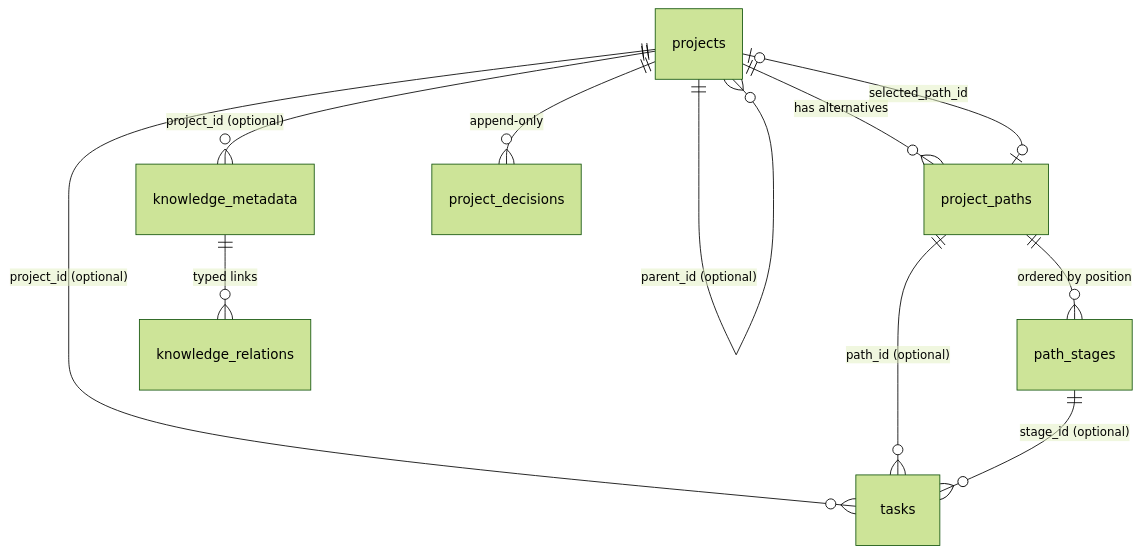
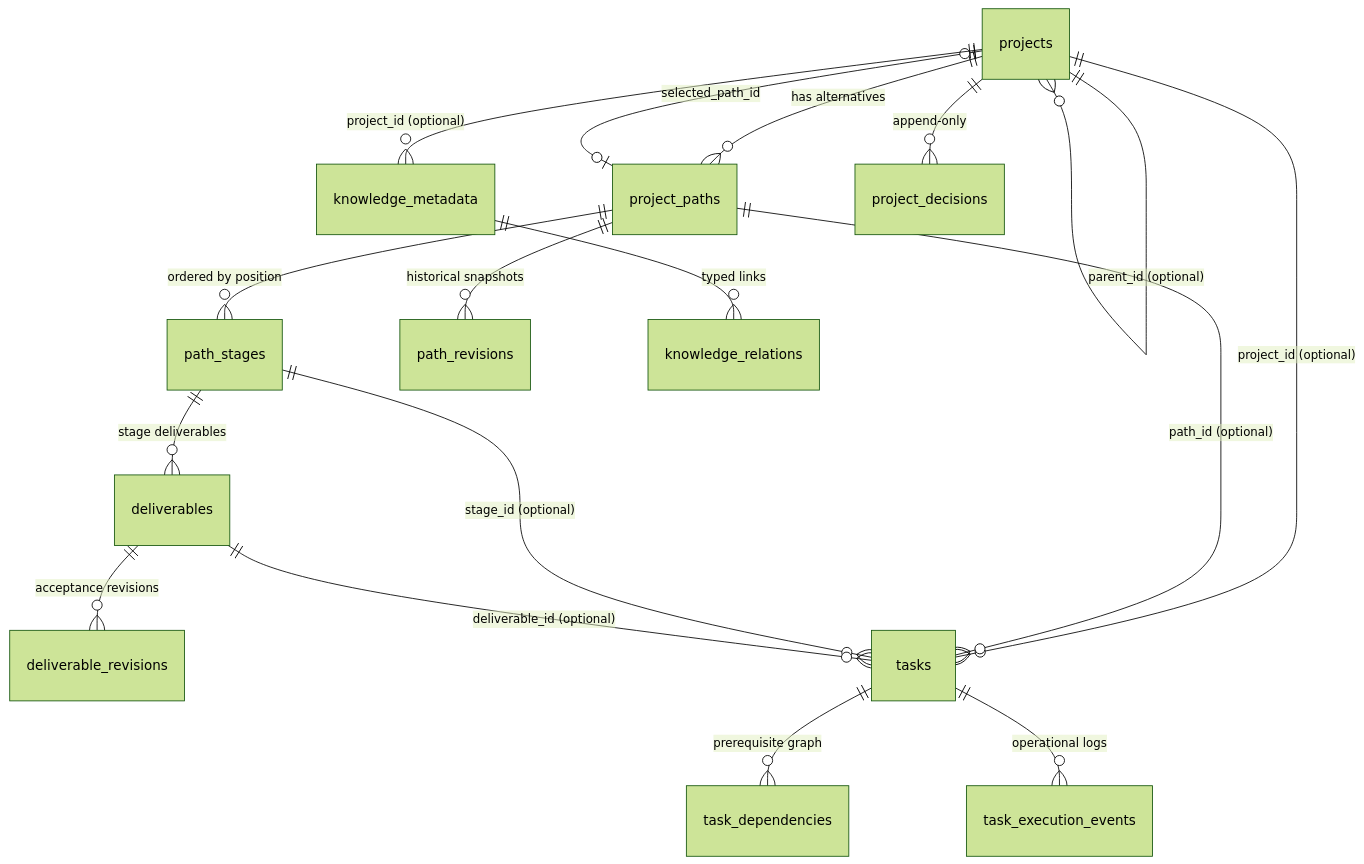
The diagram in PROJECT_DATA_MODEL.md (mattcallaway/qwen_cluster_interface), drawn with Mermaid (forest theme) before and after one commit. The commit also changed other lines of this file and 13 other files, not shown here.

Commit message:
Milestone 2: Execution and evidence (deliverables, dependencies, gates, events, revisions, promotion)

````diff
--- a/PROJECT_DATA_MODEL.md
+++ b/PROJECT_DATA_MODEL.md
@@ -22,13 +24,19 @@
 ```mermaid
 erDiagram
     projects ||--o{ projects : "parent_id (optional)"
     projects ||--o{ project_paths : "has alternatives"
     projects |o--o| project_paths : "selected_path_id"
     project_paths ||--o{ path_stages : "ordered by position"
+    project_paths ||--o{ path_revisions : "historical snapshots"
+    path_stages ||--o{ deliverables : "stage deliverables"
+    deliverables ||--o{ deliverable_revisions : "acceptance revisions"
     projects ||--o{ tasks : "project_id (optional)"
     project_paths ||--o{ tasks : "path_id (optional)"
     path_stages ||--o{ tasks : "stage_id (optional)"
+    deliverables ||--o{ tasks : "deliverable_id (optional)"
+    tasks ||--o{ task_dependencies : "prerequisite graph"
+    tasks ||--o{ task_execution_events : "operational logs"
     projects ||--o{ knowledge_metadata : "project_id (optional)"
     knowledge_metadata ||--o{ knowledge_relations : "typed links"
     projects ||--o{ project_decisions : "append-only"
 ```
````
